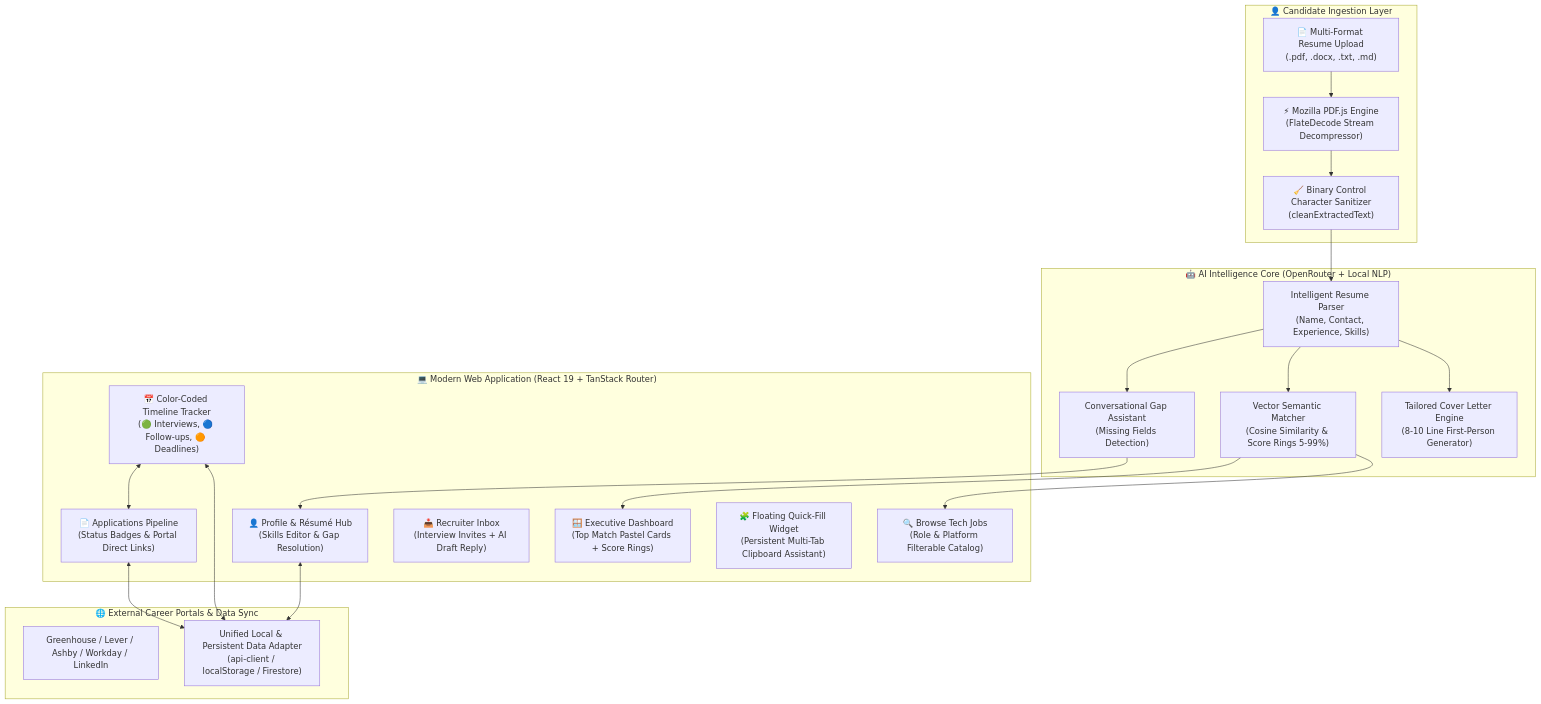
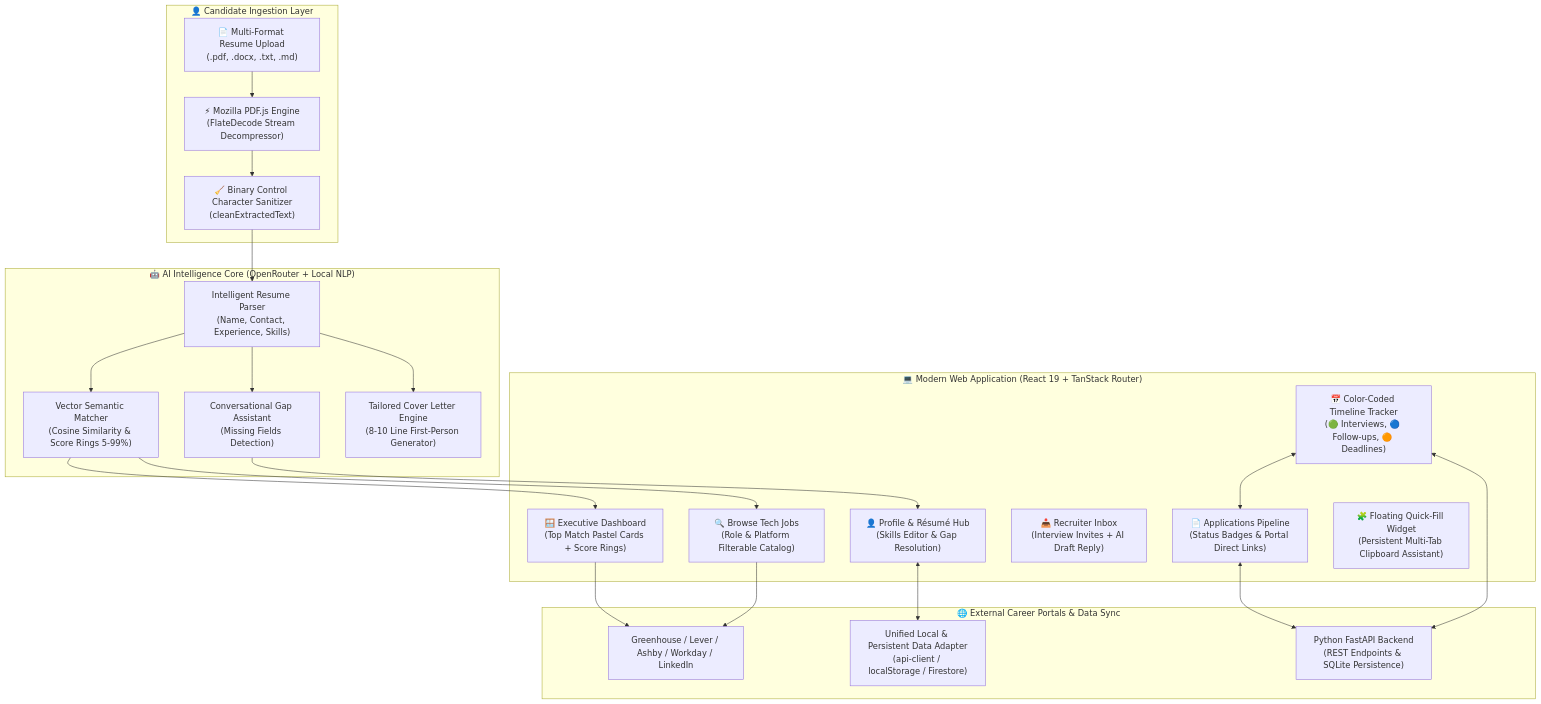
One commit to harshit1arora/Job-Application-Tracker changed the diagram in README.md. Above: the diagram before and after it, drawn with Mermaid. The commit also changed other lines of this file and 7 other files, not shown here.

Commit message:
Replace .NET 8 backend with Python FastAPI backend

````diff
--- a/README.md
+++ b/README.md
@@ -22,45 +23,48 @@
 ```mermaid
 flowchart TB
     subgraph Candidate["👤 Candidate Ingestion Layer"]
         ResumeUpload["📄 Multi-Format Resume Upload\n(.pdf, .docx, .txt, .md)"]
         PdfJsEngine["⚡ Mozilla PDF.js Engine\n(FlateDecode Stream Decompressor)"]
         TextSanitizer["🧹 Binary Control Character Sanitizer\n(cleanExtractedText)"]
         ResumeUpload --> PdfJsEngine --> TextSanitizer
     end
 
     subgraph AIEngine["🤖 AI Intelligence Core (OpenRouter + Local NLP)"]
         AiParser["Intelligent Resume Parser\n(Name, Contact, Experience, Skills)"]
         GapDetector["Conversational Gap Assistant\n(Missing Fields Detection)"]
         JobMatcher["Vector Semantic Matcher\n(Cosine Similarity & Score Rings 5-99%)"]
         LetterGen["Tailored Cover Letter Engine\n(8-10 Line First-Person Generator)"]
         
         TextSanitizer --> AiParser
         AiParser --> GapDetector
         AiParser --> JobMatcher
         AiParser --> LetterGen
     end
 
     subgraph UI["💻 Modern Web Application (React 19 + TanStack Router)"]
         Dashboard["🪟 Executive Dashboard\n(Top Match Pastel Cards + Score Rings)"]
         BrowseJobs["🔍 Browse Tech Jobs\n(Role & Platform Filterable Catalog)"]
         Applications["📄 Applications Pipeline\n(Status Badges & Portal Direct Links)"]
         Inbox["📥 Recruiter Inbox\n(Interview Invites + AI Draft Reply)"]
         CalendarTracker["📅 Color-Coded Timeline Tracker\n(🟢 Interviews, 🔵 Follow-ups, 🟠 Deadlines)"]
         ProfileHub["👤 Profile & Résumé Hub\n(Skills Editor & Gap Resolution)"]
         QuickFill["🧩 Floating Quick-Fill Widget\n(Persistent Multi-Tab Clipboard Assistant)"]
 
         JobMatcher --> Dashboard
         JobMatcher --> BrowseJobs
         GapDetector --> ProfileHub
         CalendarTracker <--> Applications
     end
 
     subgraph Integration["🌐 External Career Portals & Data Sync"]
         Portals["Greenhouse / Lever / Ashby / Workday / LinkedIn"]
         DataSync["Unified Local & Persistent Data Adapter\n(api-client / localStorage / Firestore)"]
+        FastApi["Python FastAPI Backend\n(REST Endpoints & SQLite Persistence)"]
 
-        Applications <--> DataSync
-        CalendarTracker <--> DataSync
+        Dashboard --> Portals
+        BrowseJobs --> Portals
+        Applications <--> FastApi
+        CalendarTracker <--> FastApi
         ProfileHub <--> DataSync
     end
 ```
````
